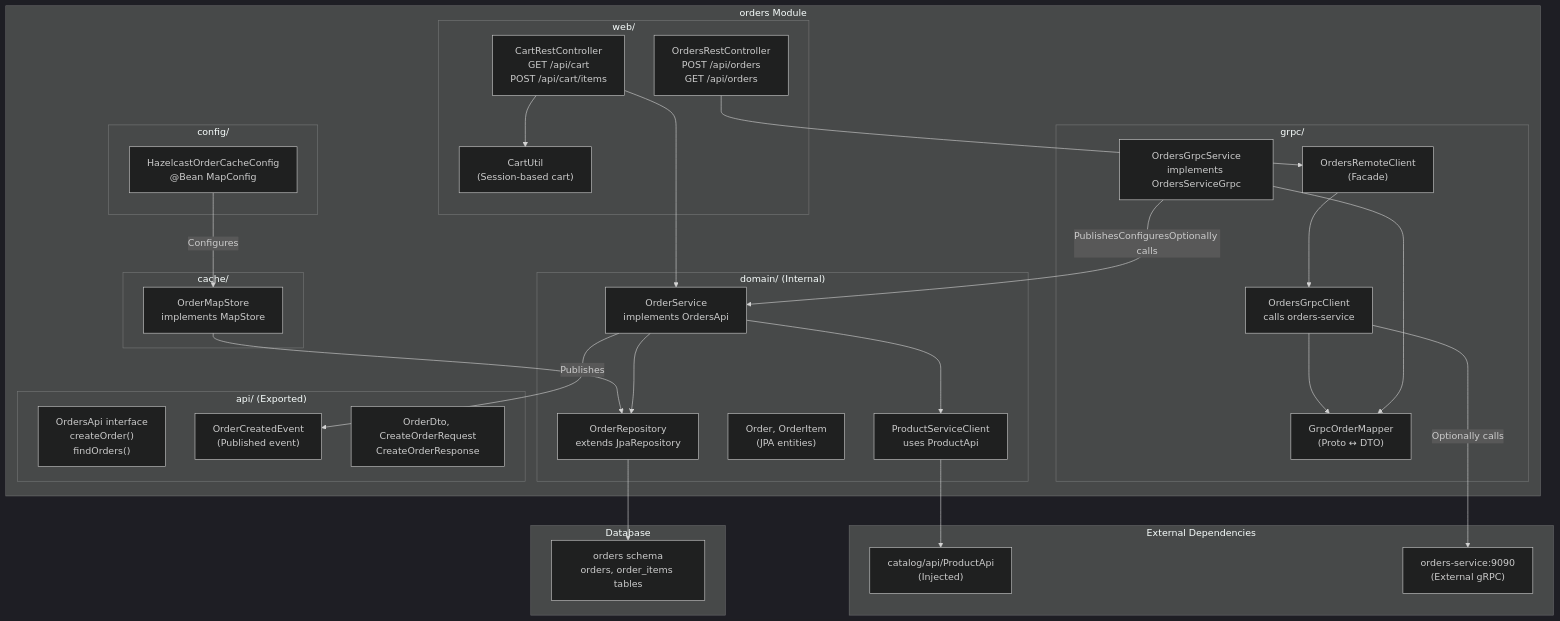
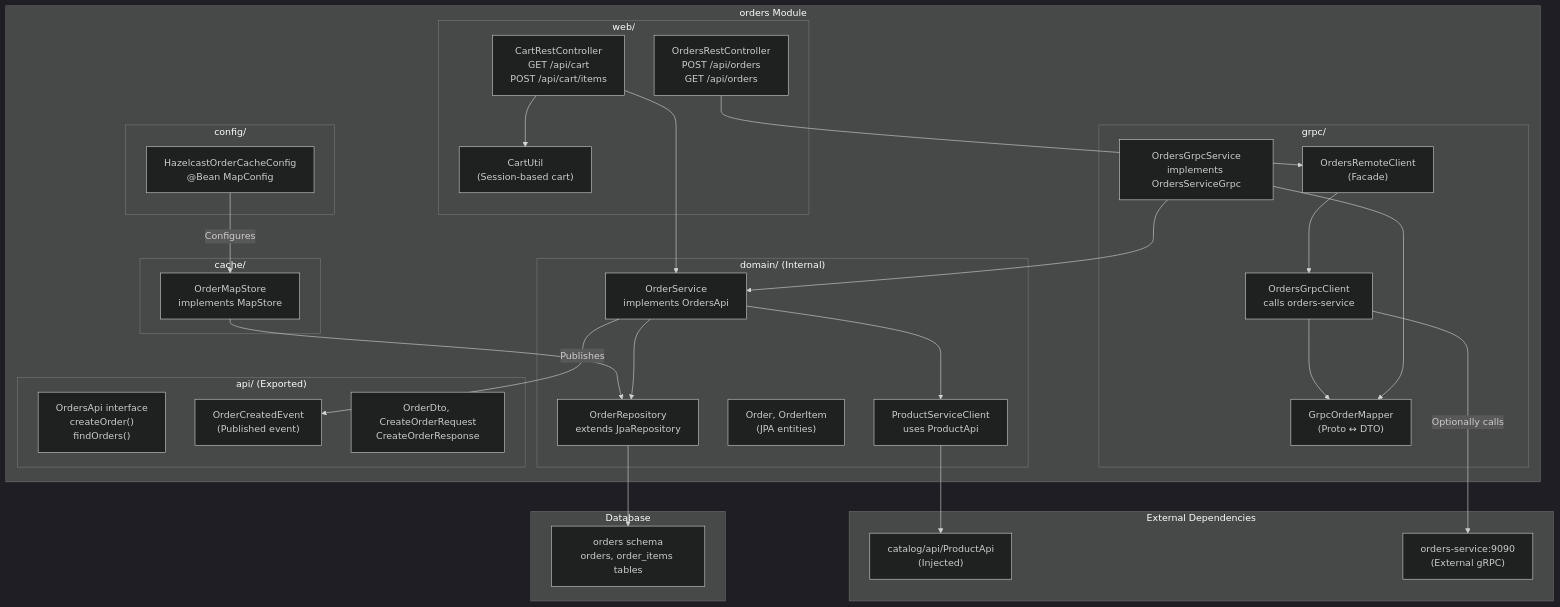
Before and after one commit to philipz/spring-modular-monolith: the sixth of 12 diagrams in docs/deepwiki/Module-Structure-and-Boundaries.md, drawn with Mermaid (dark theme). The commit also changed other lines of this file and 32 other files, not shown here.

```diff
--- a/docs/deepwiki/Module-Structure-and-Boundaries.md
+++ b/docs/deepwiki/Module-Structure-and-Boundaries.md
@@ -407,7 +407,7 @@
     OrdersRestController --> OrdersRemoteClient
     CartRestController --> OrderService
     OrderService -->|"Publishes"| OrderCreatedEvent
-    OrdersGrpcService -->|"PublishesConfiguresOptionally calls"| OrderService
+    OrdersGrpcService --> OrderService
     OrderMapStore --> OrderRepo
     HZOrderCacheConfig -->|"Configures"| OrderMapStore
 
```
